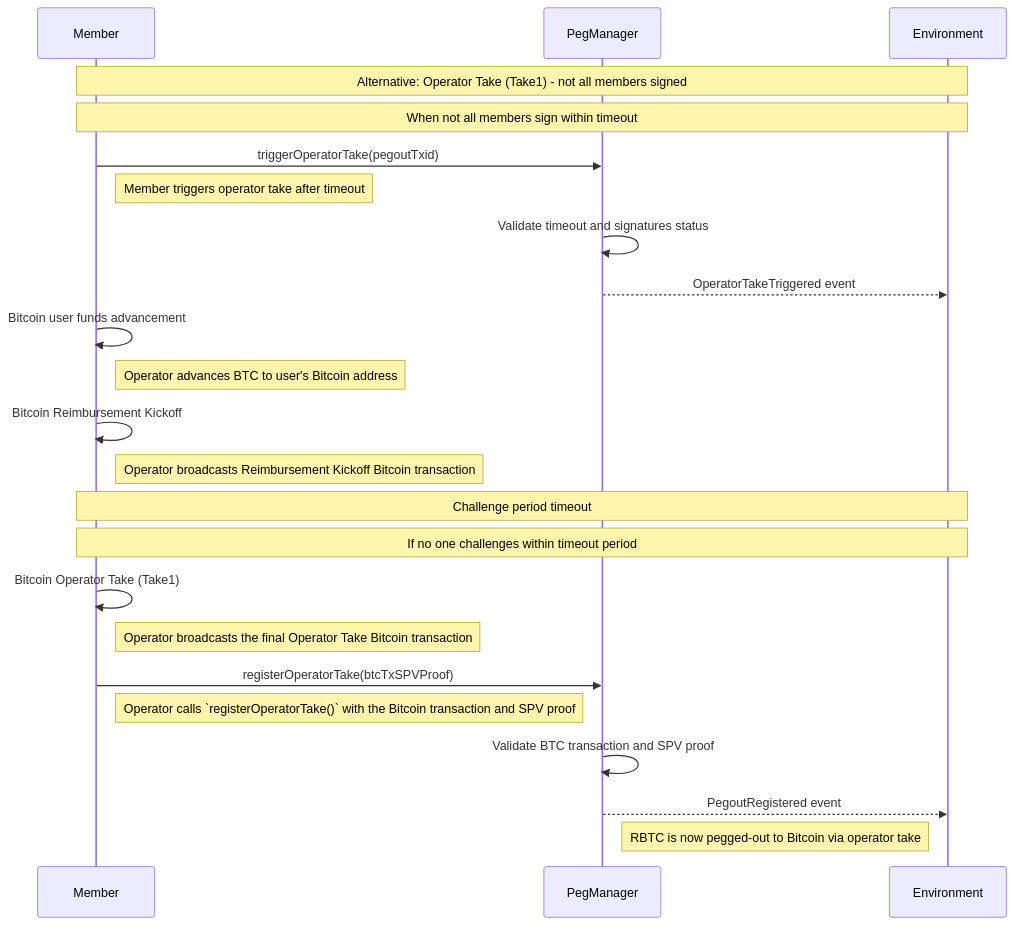
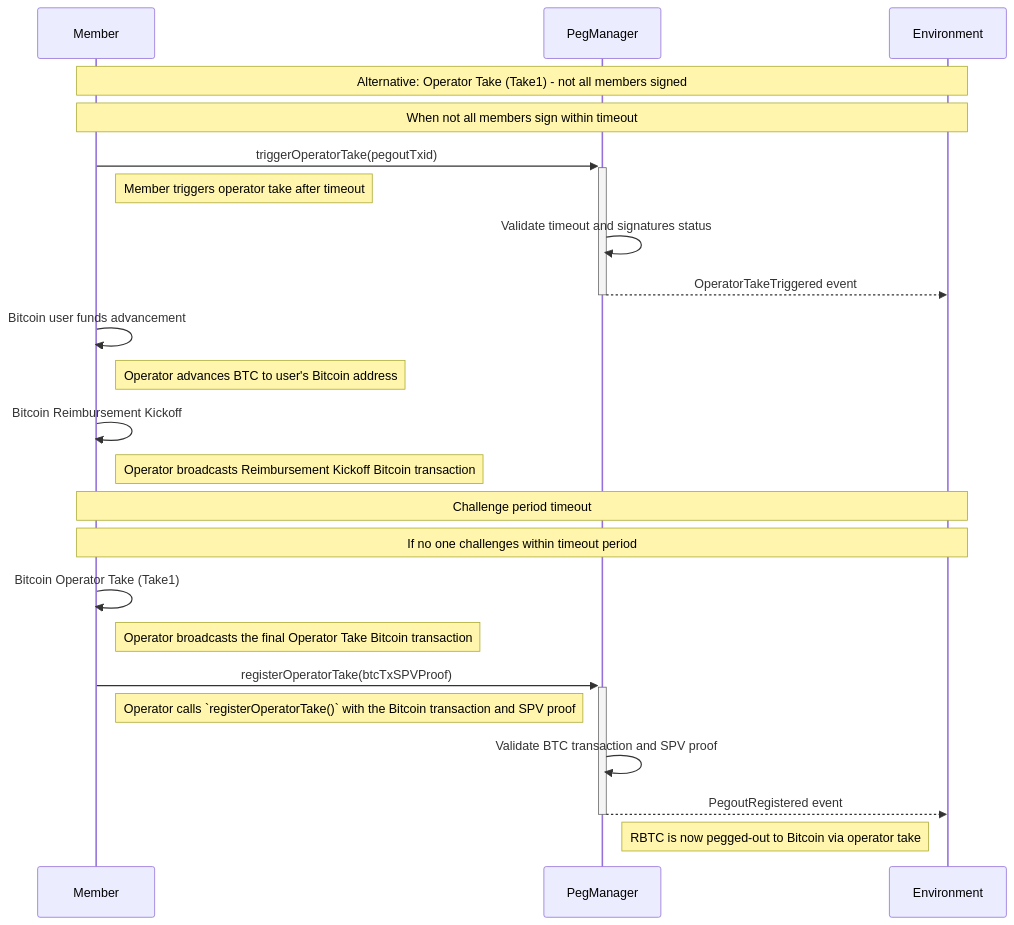
Before and after one commit to rsksmart/union-bridge-contracts: diagram 11 of 12 in README.md, drawn with Mermaid. The commit also changed other lines of this file, not shown here.

Commit message:
Add Table of contents and architecture to README

````diff
--- a/README.md
+++ b/README.md
@@ -377,32 +517,32 @@
 ```mermaid
 sequenceDiagram
     participant M as Member
     participant PM as PegManager
     participant ENV as Environment
 
     Note over M,ENV: Alternative: Operator Take (Take1) - not all members signed
     Note over M,ENV: When not all members sign within timeout
 
-    M->>PM: triggerOperatorTake(pegoutTxid)
+    M->>+PM: triggerOperatorTake(pegoutTxid)
     Note right of M: Member triggers operator take after timeout
     PM->>PM: Validate timeout and signatures status
-    PM-->>ENV: OperatorTakeTriggered event
+    PM-->>-ENV: OperatorTakeTriggered event
 
     M->>M: Bitcoin user funds advancement
     Note right of M: Operator advances BTC to user's Bitcoin address
 
     M->>M: Bitcoin Reimbursement Kickoff
     Note right of M: Operator broadcasts Reimbursement Kickoff Bitcoin transaction
 
     Note over M,ENV: Challenge period timeout
     Note over M,ENV: If no one challenges within timeout period
 
     M->>M: Bitcoin Operator Take (Take1)
     Note right of M: Operator broadcasts the final Operator Take Bitcoin transaction
 
-    M->>PM: registerOperatorTake(btcTxSPVProof)
+    M->>+PM: registerOperatorTake(btcTxSPVProof)
     Note right of M: Operator calls `registerOperatorTake()` with the Bitcoin transaction and SPV proof
     PM->>PM: Validate BTC transaction and SPV proof
-    PM-->>ENV: PegoutRegistered event
+    PM-->>-ENV: PegoutRegistered event
     Note right of PM: RBTC is now pegged-out to Bitcoin via operator take
 ```
````
